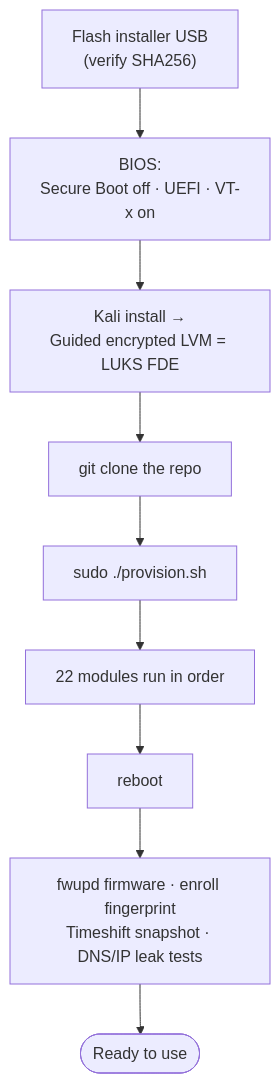
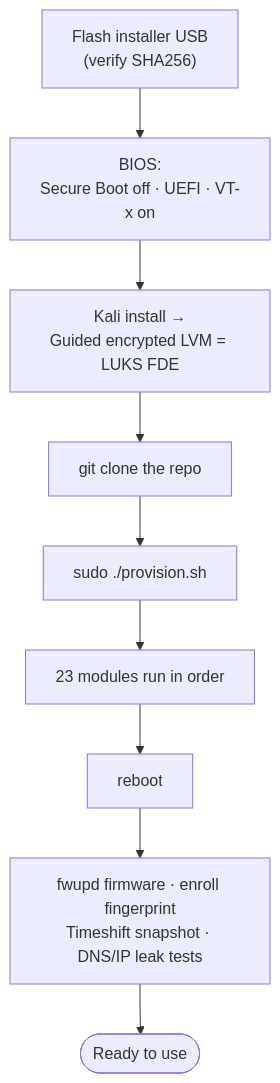
One commit to ForrestLasiter/Kali-and-Coding changed the first of 4 diagrams in docs/ARCHITECTURE.md. Above: the diagram before and after it, drawn with Mermaid. The commit also changed other lines of this file and 6 other files, not shown here.

````diff
--- a/docs/ARCHITECTURE.md
+++ b/docs/ARCHITECTURE.md
@@ -10,11 +10,11 @@
 ```mermaid
 flowchart TD
     U["Flash installer USB<br/>(verify SHA256)"] --> BIOS["BIOS:<br/>Secure Boot off · UEFI · VT-x on"]
     BIOS --> INST["Kali install →<br/>Guided encrypted LVM = LUKS FDE"]
     INST --> CLONE["git clone the repo"]
     CLONE --> PROV["sudo ./provision.sh"]
-    PROV --> MODS["22 modules run in order"]
+    PROV --> MODS["23 modules run in order"]
     MODS --> RB["reboot"]
     RB --> POST["fwupd firmware · enroll fingerprint<br/>Timeshift snapshot · DNS/IP leak tests"]
     POST --> DONE([Ready to use])
 ```
````
